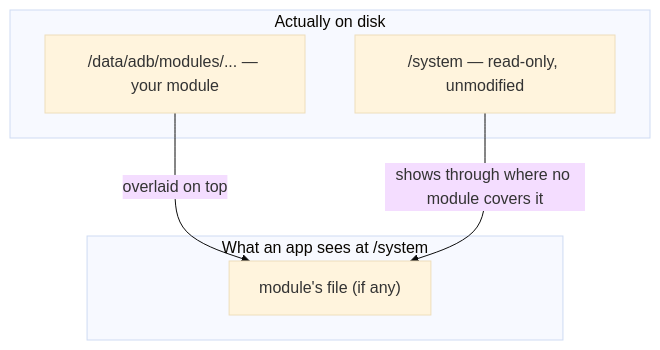
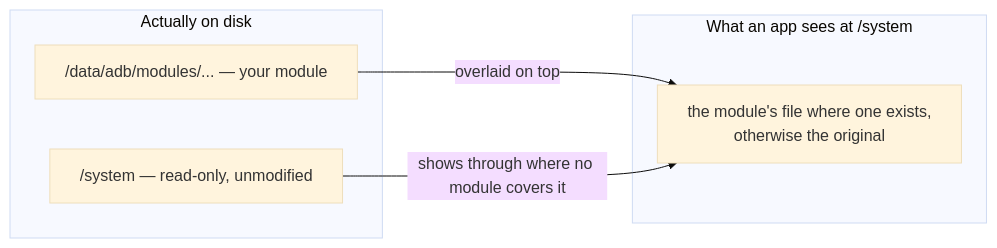
Before and after one commit to jim-wyatt/MotoRoot: the diagram in docs/concepts/magisk-modules.md, drawn with Mermaid (base theme). The commit also changed 16 other files, not shown here.

First line of the commit message:
Docs: fix diagram labels folding into narrow columns and overflowing

````diff
--- a/docs/concepts/magisk-modules.md
+++ b/docs/concepts/magisk-modules.md
@@ -15,12 +15,13 @@
 ```mermaid
-flowchart TB
+%%{init: {"flowchart": {"wrappingWidth": 300}}}%%
+flowchart LR
     subgraph what [What an app sees at /system]
-        OVER["module's file (if any)"]
+        OVER["the module's file where one exists,<br/>otherwise the original"]
     end
     subgraph real [Actually on disk]
         SYS["/system — read-only, unmodified"]
         MOD["/data/adb/modules/... — your module"]
     end
     MOD -- "overlaid on top" --> OVER
     SYS -- "shows through where no module covers it" --> OVER
 ```
````
